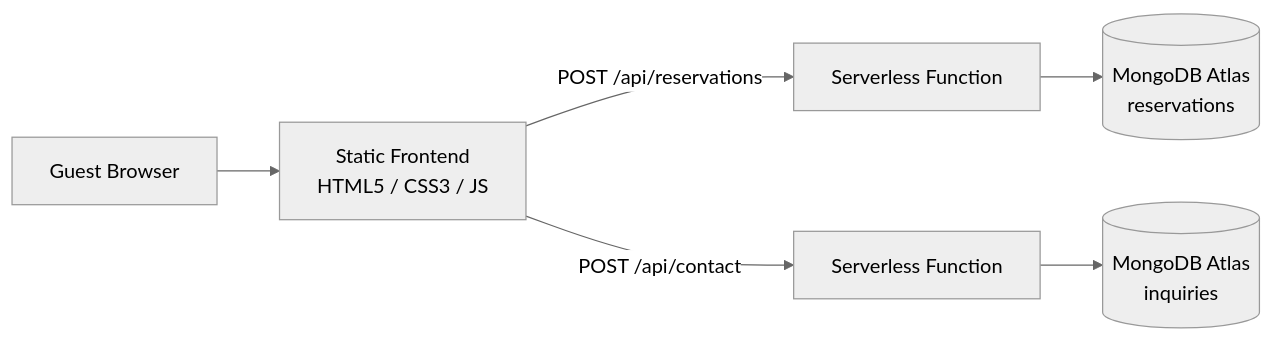
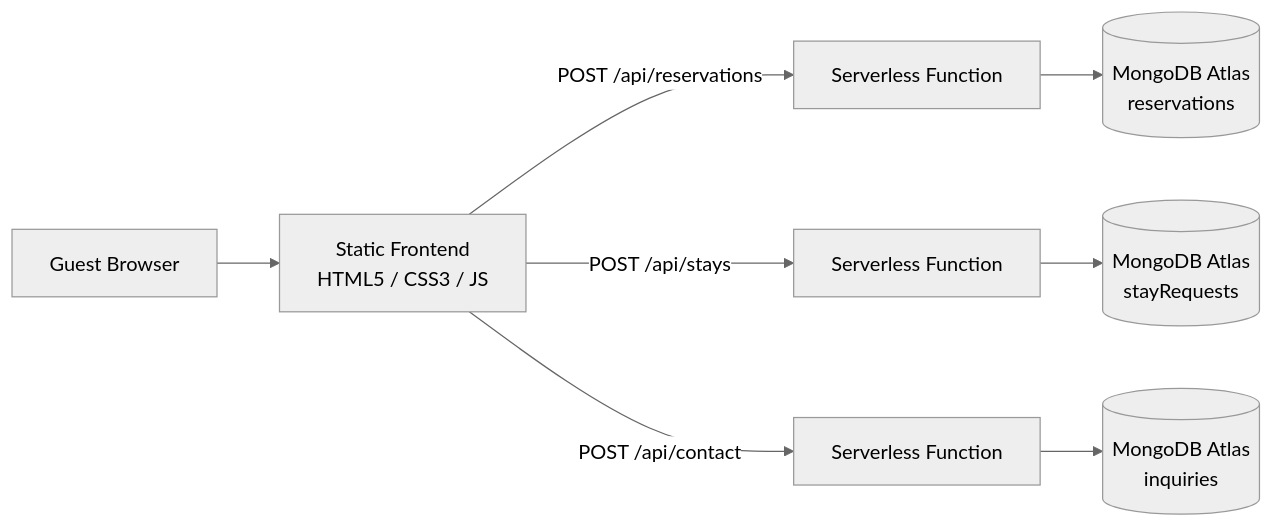
Before and after one commit to techprem324/hotel-lumina: the diagram in README.md, drawn with Mermaid (neutral theme). The commit also changed other lines of this file and 31 other files, not shown here.

````diff
--- a/README.md
+++ b/README.md
@@ -19,8 +13,10 @@
 ```mermaid
 flowchart LR
     A["Guest Browser"] --> B["Static Frontend<br/>HTML5 / CSS3 / JS"]
     B -->|POST /api/reservations| C["Serverless Function"]
-    B -->|POST /api/contact| D["Serverless Function"]
+    B -->|POST /api/stays| D["Serverless Function"]
+    B -->|POST /api/contact| G["Serverless Function"]
     C --> E[("MongoDB Atlas<br/>reservations")]
-    D --> F[("MongoDB Atlas<br/>inquiries")]
+    D --> F[("MongoDB Atlas<br/>stayRequests")]
+    G --> H[("MongoDB Atlas<br/>inquiries")]
 ```
````
